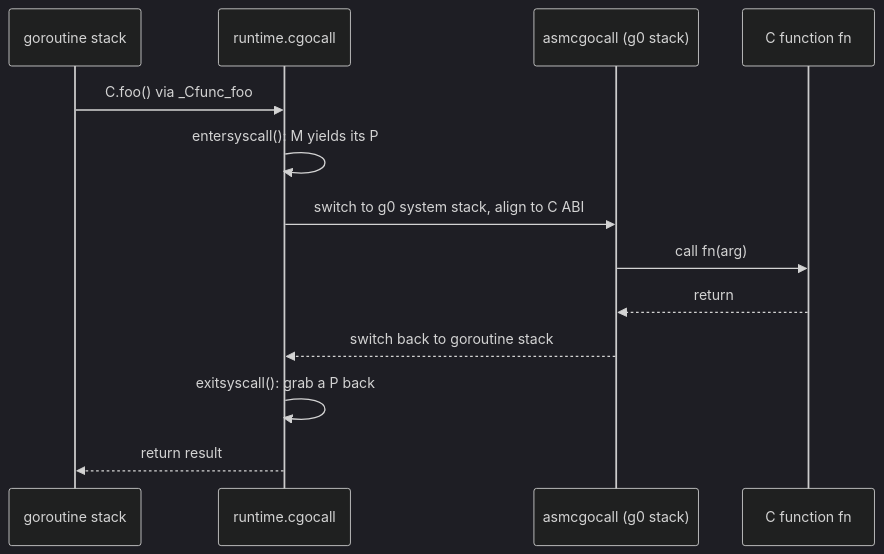
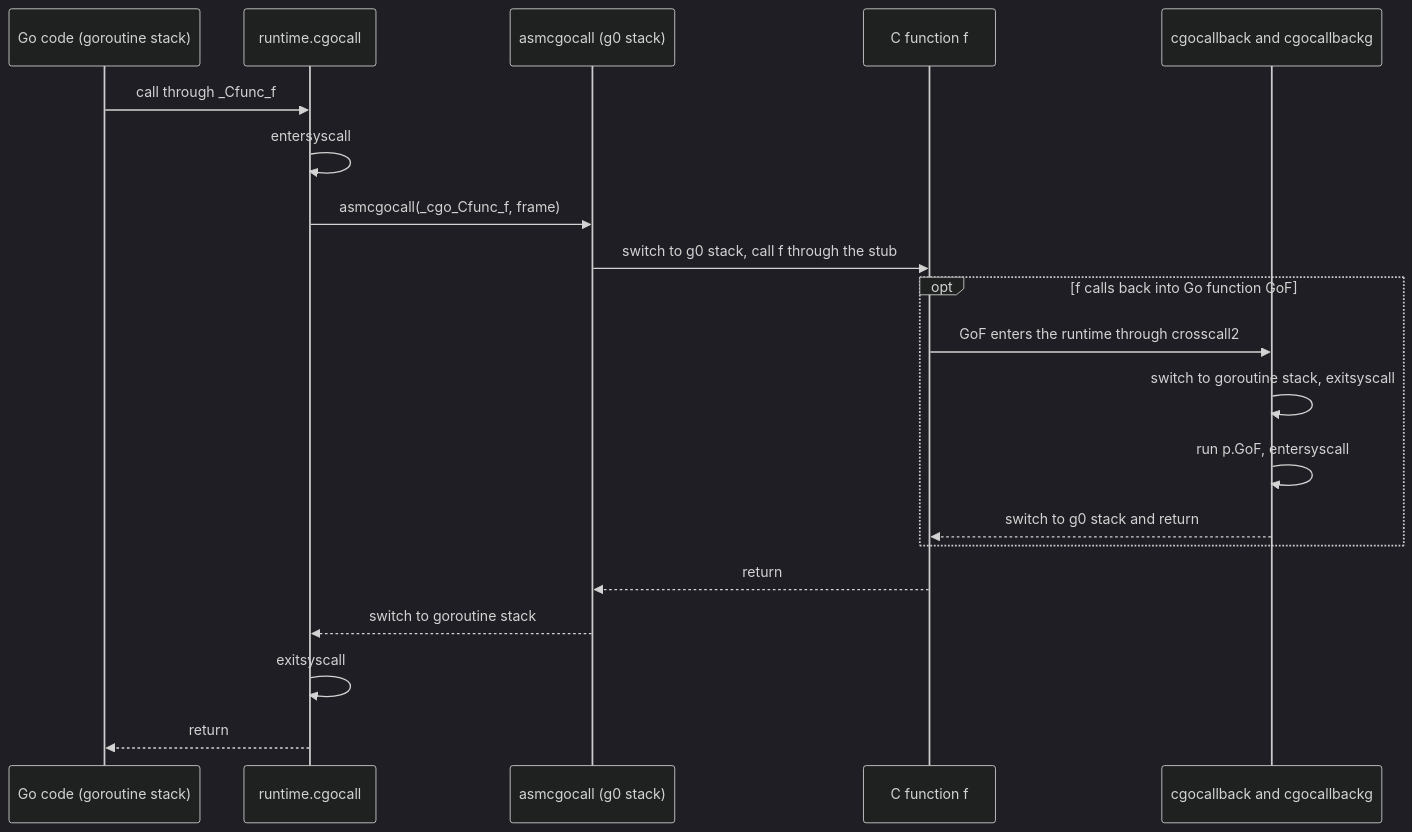
The diagram in book/en-us/part5toolchain/ch15compile/cgo.md (golang-design/under-the-hood), drawn with Mermaid (dark theme) before and after one commit. The commit also changed other lines of this file and 21 other files, not shown here.

````diff
--- a/book/en-us/part5toolchain/ch15compile/cgo.md
+++ b/book/en-us/part5toolchain/ch15compile/cgo.md
@@ -65,15 +288,22 @@
 ```mermaid
 sequenceDiagram
-    participant G as goroutine stack
+    participant G as Go code (goroutine stack)
     participant RT as runtime.cgocall
-    participant ASM as asmcgocall (g0 stack)
-    participant C as C function fn
-    G->>RT: C.foo() via _Cfunc_foo
-    RT->>RT: entersyscall(): M yields its P
-    RT->>ASM: switch to g0 system stack, align to C ABI
-    ASM->>C: call fn(arg)
-    C-->>ASM: return
-    ASM-->>RT: switch back to goroutine stack
-    RT->>RT: exitsyscall(): grab a P back
-    RT-->>G: return result
+    participant A as asmcgocall (g0 stack)
+    participant C as C function f
+    participant CB as cgocallback and cgocallbackg
+    G->>RT: call through _Cfunc_f
+    RT->>RT: entersyscall
+    RT->>A: asmcgocall(_cgo_Cfunc_f, frame)
+    A->>C: switch to g0 stack, call f through the stub
+    opt f calls back into Go function GoF
+        C->>CB: GoF enters the runtime through crosscall2
+        CB->>CB: switch to goroutine stack, exitsyscall
+        CB->>CB: run p.GoF, entersyscall
+        CB-->>C: switch to g0 stack and return
+    end
+    C-->>A: return
+    A-->>RT: switch to goroutine stack
+    RT->>RT: exitsyscall
+    RT-->>G: return
 ```
````
